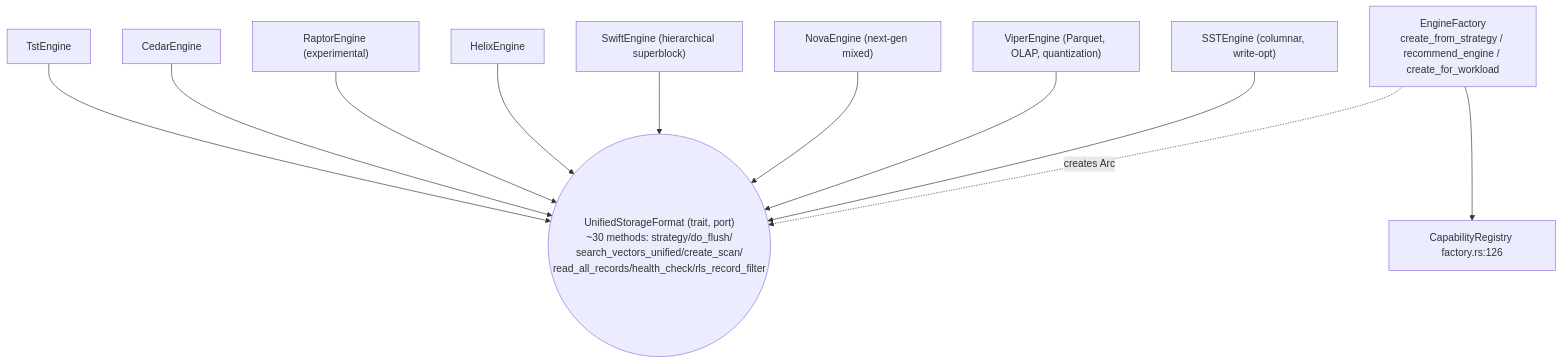
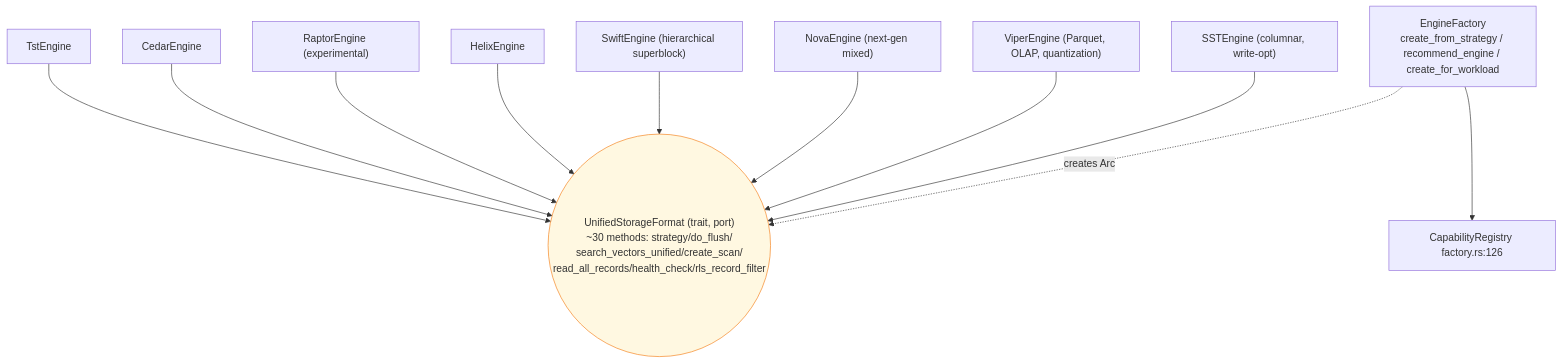
The sixth of 17 diagrams in docs/architecture-diagrams/atlas.md (vjsingh1984/proximaDB), drawn with Mermaid before and after one commit. The commit also changed other lines of this file and 16 other files, not shown here.

````diff
--- a/docs/architecture-diagrams/atlas.md
+++ b/docs/architecture-diagrams/atlas.md
@@ -204,17 +210,17 @@
 ```mermaid
 flowchart TD
     FACTORY["EngineFactory<br/>create_from_strategy / recommend_engine / create_for_workload"]
     TRAIT(("UnifiedStorageFormat (trait, port)<br/>~30 methods: strategy/do_flush/<br/>search_vectors_unified/create_scan/<br/>read_all_records/health_check/rls_record_filter"))
     FACTORY -.->|creates Arc<dyn>| TRAIT
     SST["SSTEngine (columnar, write-opt)"] --> TRAIT
     VIPER["ViperEngine (Parquet, OLAP, quantization)"] --> TRAIT
     NOVA["NovaEngine (next-gen mixed)"] --> TRAIT
     SWIFT["SwiftEngine (hierarchical superblock)"] --> TRAIT
     HELIX[HelixEngine] --> TRAIT
     RAPTOR["RaptorEngine (experimental)"] --> TRAIT
     CEDAR[CedarEngine] --> TRAIT
     TST[TstEngine] --> TRAIT
     FACTORY --> CAPREG["CapabilityRegistry factory.rs:126"]
-    classDef portt fill:
+    classDef portt fill:#fff8e1,stroke:#f57f17
     class TRAIT portt
 ```
````
